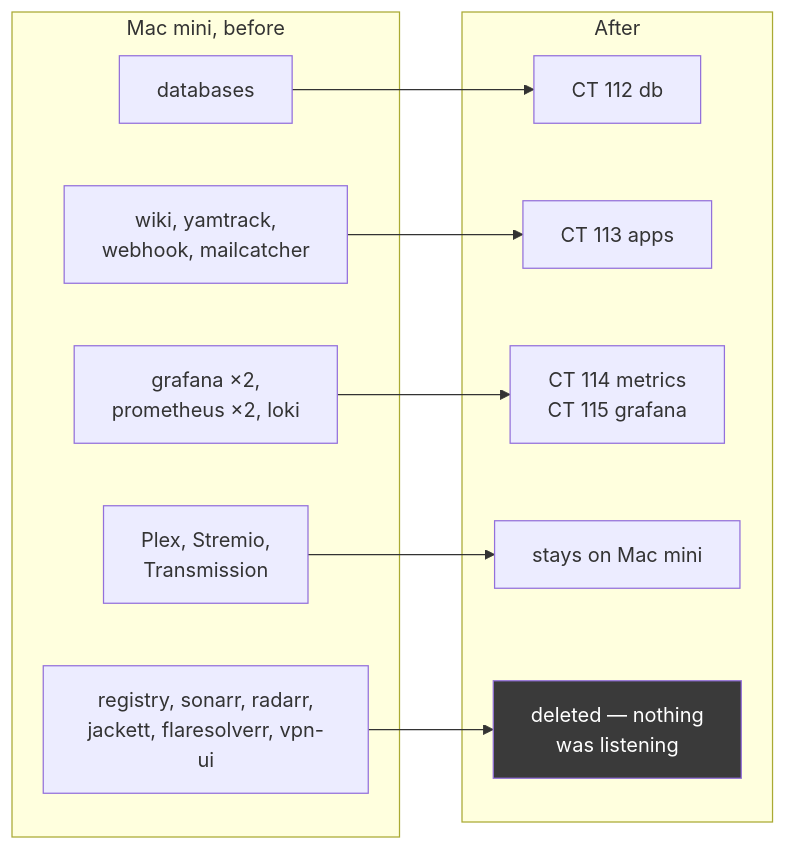
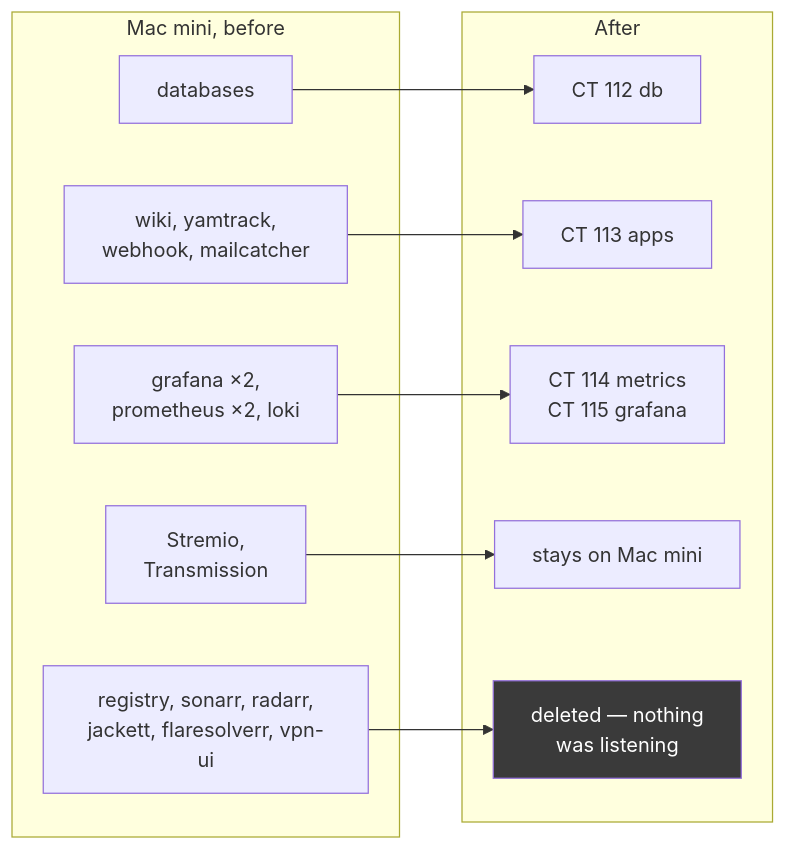
One commit to ahmedbaig/Proxmox changed the diagram in docs/migration-status.md. Above: the diagram before and after it, drawn with Mermaid. The commit also changed other lines of this file and 33 other files, not shown here.

````diff
--- a/docs/migration-status.md
+++ b/docs/migration-status.md
@@ -6,26 +6,26 @@
 ```mermaid
 graph LR
     subgraph BEFORE["Mac mini, before"]
         B1["databases"]
         B2["wiki, yamtrack,<br/>webhook, mailcatcher"]
         B3["grafana ×2,<br/>prometheus ×2, loki"]
-        B4["Plex, Stremio,<br/>Transmission"]
+        B4["Stremio,<br/>Transmission"]
         B5["registry, sonarr, radarr,<br/>jackett, flaresolverr, vpn-ui"]
     end
 
     subgraph AFTER["After"]
         A1["CT 112 db"]
         A2["CT 113 apps"]
         A3["CT 114 metrics<br/>CT 115 grafana"]
         A4["stays on Mac mini"]
         A5["deleted — nothing<br/>was listening"]
     end
 
     B1 --> A1
     B2 --> A2
     B3 --> A3
     B4 --> A4
     B5 --> A5
 
     style A5 fill:#3a3a3a,color:#fff
 ```
````
